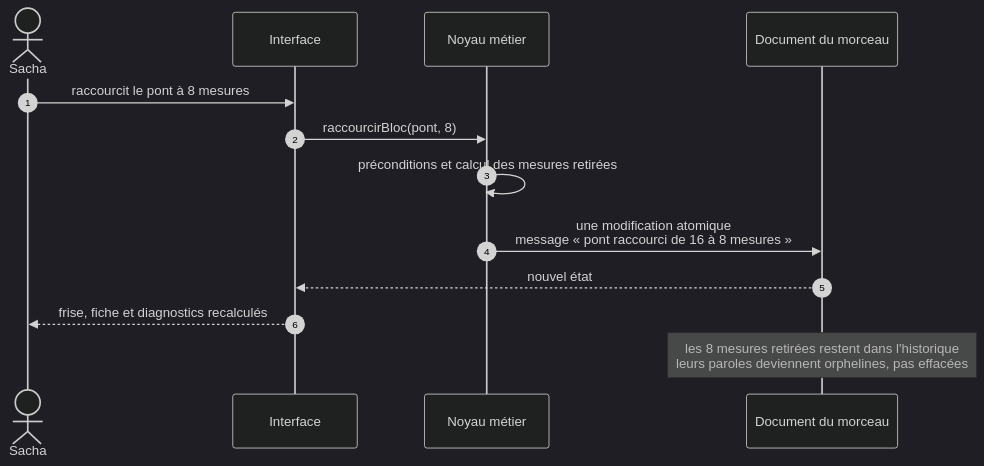
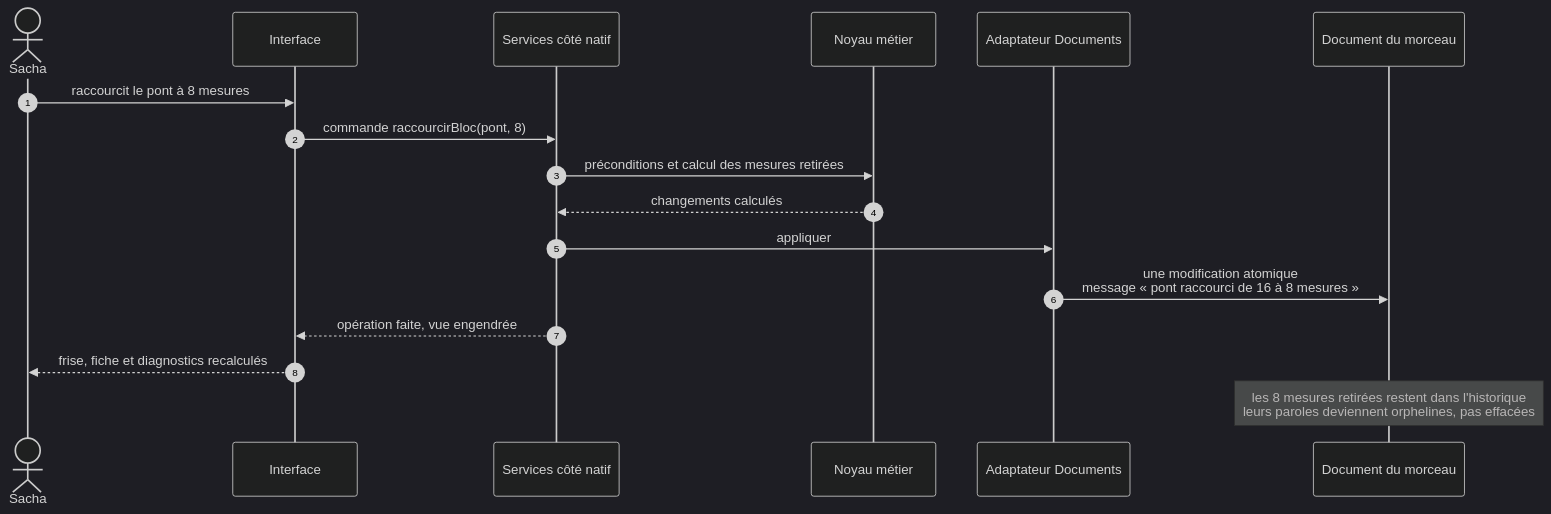
The third of 8 diagrams in docs/31-persistance-et-synchronisation.md (EdouardZemb/pupitre), drawn with Mermaid (dark theme) before and after one commit. The commit also changed other lines of this file and 24 other files, not shown here.

````diff
--- a/docs/31-persistance-et-synchronisation.md
+++ b/docs/31-persistance-et-synchronisation.md
@@ -95,15 +440,19 @@
 ```mermaid
 sequenceDiagram
   autonumber
   actor S as Sacha
   participant UI as Interface
+  participant SV as Services côté natif
   participant N as Noyau métier
+  participant A as Adaptateur Documents
   participant D as Document du morceau
   S->>UI: raccourcit le pont à 8 mesures
-  UI->>N: raccourcirBloc(pont, 8)
-  N->>N: préconditions et calcul des mesures retirées
-  N->>D: une modification atomique<br/>message « pont raccourci de 16 à 8 mesures »
-  D-->>UI: nouvel état
+  UI->>SV: commande raccourcirBloc(pont, 8)
+  SV->>N: préconditions et calcul des mesures retirées
+  N-->>SV: changements calculés
+  SV->>A: appliquer
+  A->>D: une modification atomique<br/>message « pont raccourci de 16 à 8 mesures »
+  SV-->>UI: opération faite, vue engendrée
   UI-->>S: frise, fiche et diagnostics recalculés
   Note over D: les 8 mesures retirées restent dans l'historique<br/>leurs paroles deviennent orphelines, pas effacées
 ```
````
